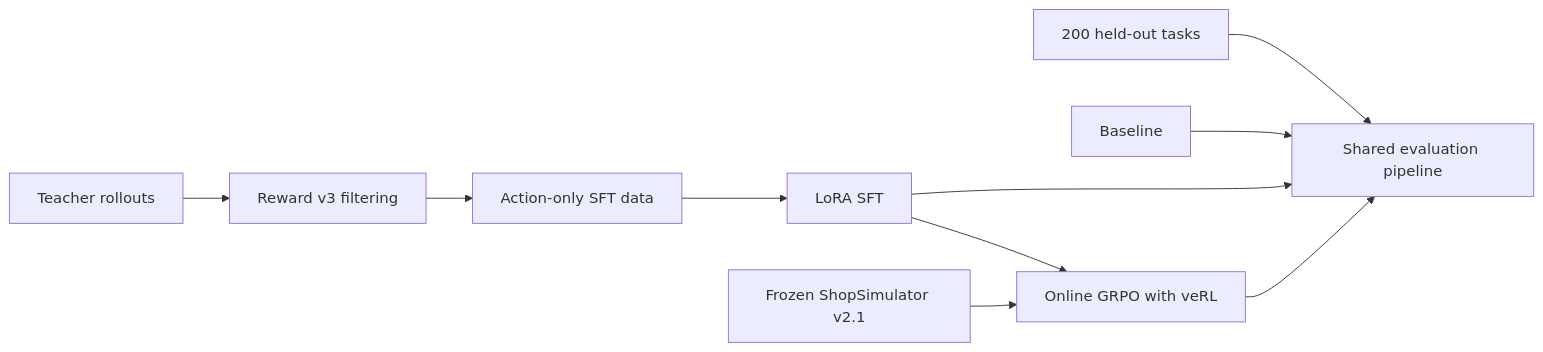
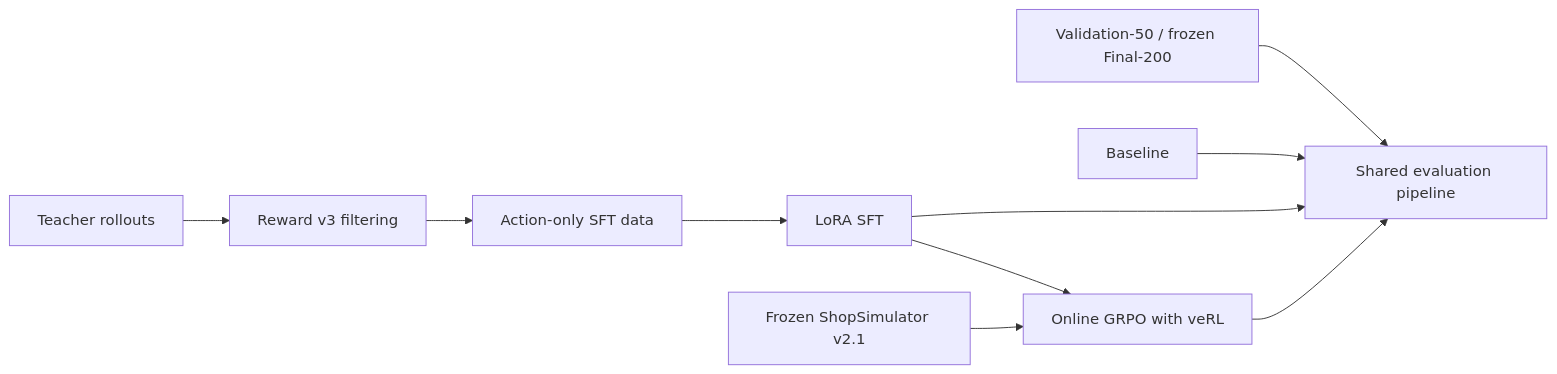
The first of 2 diagrams in README.en.md (19803118392/shopping-grpo-longhorizon), drawn with Mermaid before and after one commit. The commit also changed other lines of this file and 68 other files, not shown here.

Commit message:
feat: add paired statistical evaluation and verified validation result

````diff
--- a/README.en.md
+++ b/README.en.md
@@ -59,12 +100,12 @@
 ```mermaid
 flowchart LR
     A[Teacher rollouts] --> B[Reward v3 filtering]
     B --> C[Action-only SFT data]
     C --> D[LoRA SFT]
     D --> E[Online GRPO with veRL]
     F[Frozen ShopSimulator v2.1] --> E
-    G[200 held-out tasks] --> H[Shared evaluation pipeline]
+    G[Validation-50 / frozen Final-200] --> H[Shared evaluation pipeline]
     I[Baseline] --> H
     D --> H
     E --> H
 ```
````
